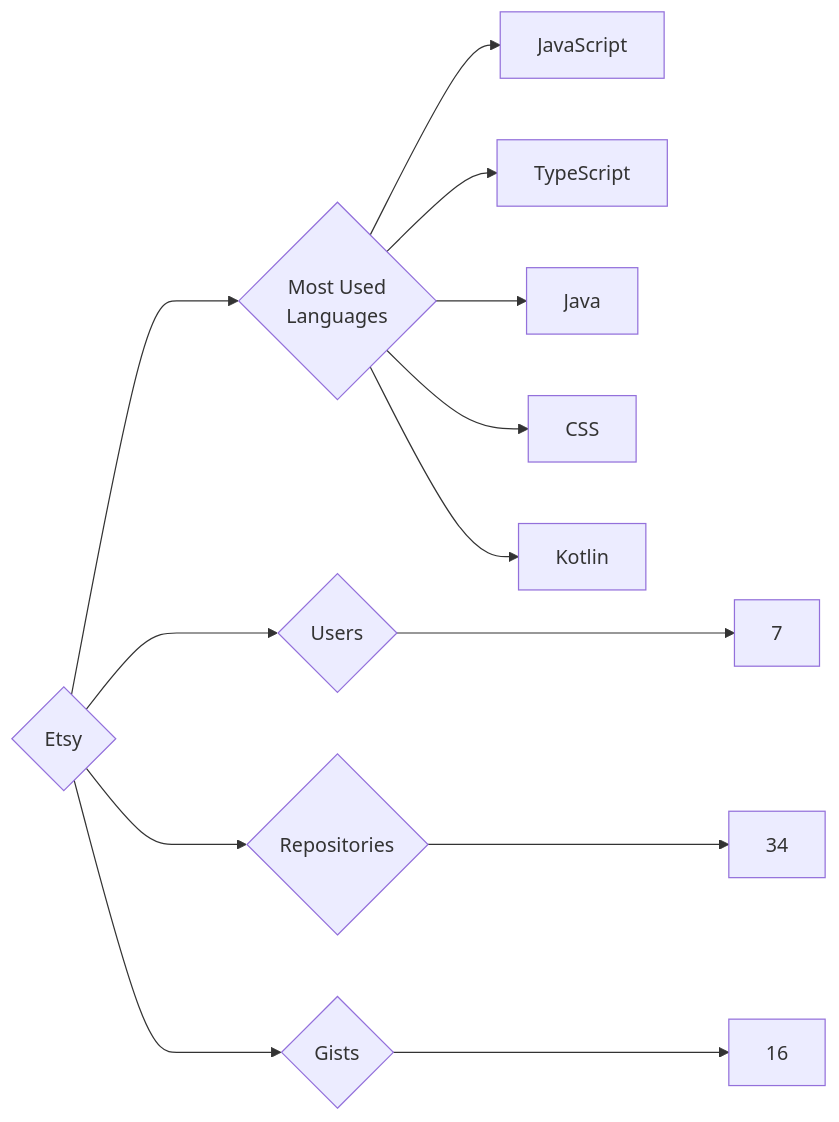
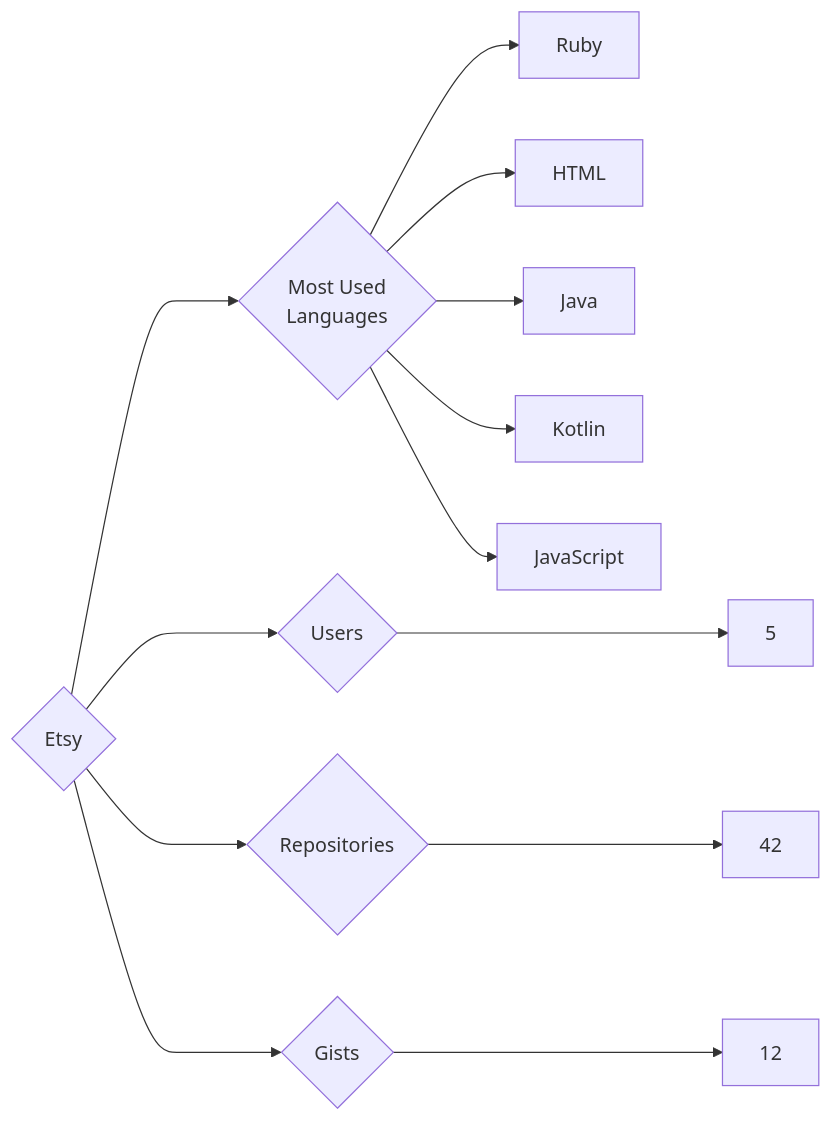
The diagram in targets/Etsy/README.md (trickest/insiders), drawn with Mermaid before and after one commit. The commit also changed 618 other files, not shown here.

````diff
--- a/targets/Etsy/README.md
+++ b/targets/Etsy/README.md
@@ -3,13 +3,13 @@
 ```mermaid
 graph LR
 COMPANY_NAME{Etsy}
-COMPANY_NAME ---> U{Users} ---> UN[7]
-COMPANY_NAME ---> R{Repositories} ---> RN[34]
-COMPANY_NAME ---> G{Gists} ---> GN[16]
+COMPANY_NAME ---> U{Users} ---> UN[5]
+COMPANY_NAME ---> R{Repositories} ---> RN[42]
+COMPANY_NAME ---> G{Gists} ---> GN[12]
 COMPANY_NAME ---> ML{Most Used<br>Languages}
+ML --> Ruby[Ruby]
+ML --> HTML[HTML]
+ML --> Java[Java]
+ML --> Kotlin[Kotlin]
 ML --> JavaScript[JavaScript]
-ML --> TypeScript[TypeScript]
-ML --> Java[Java]
-ML --> CSS[CSS]
-ML --> Kotlin[Kotlin]
 ```
````
